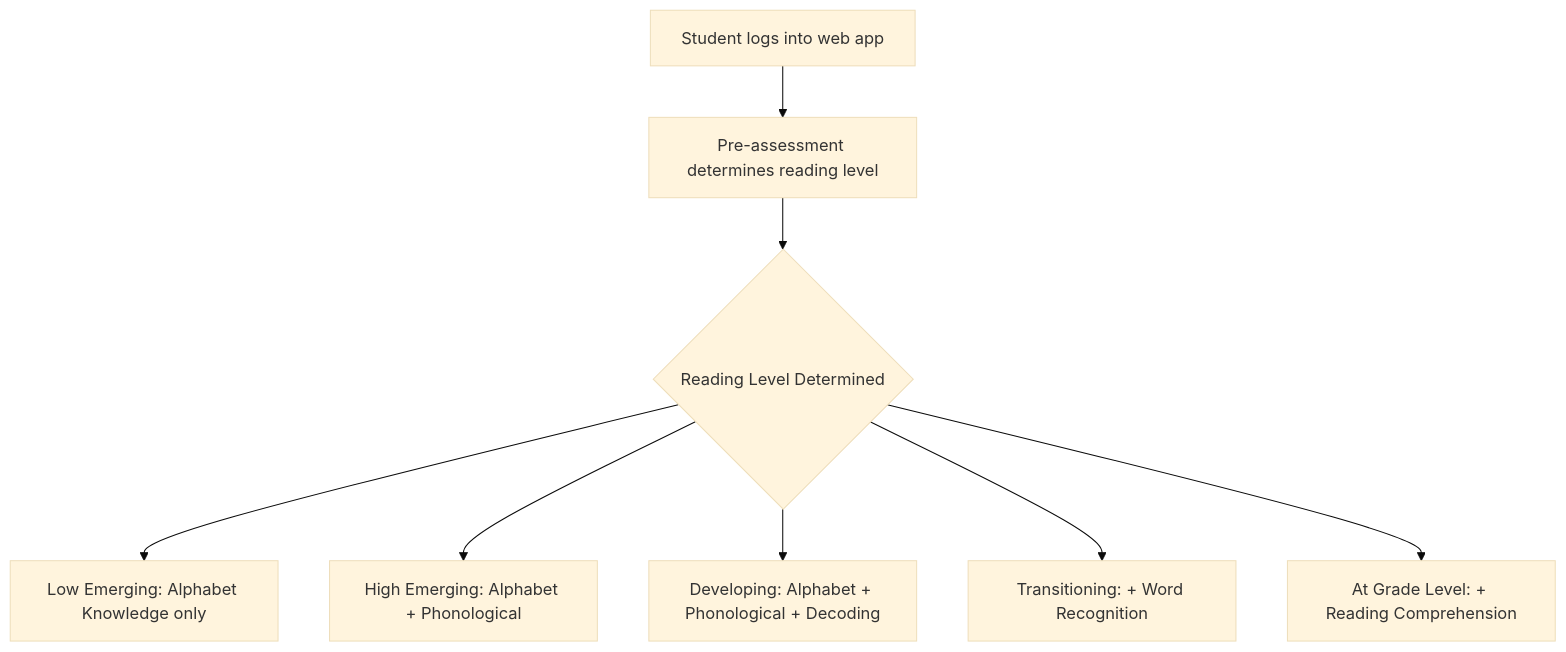
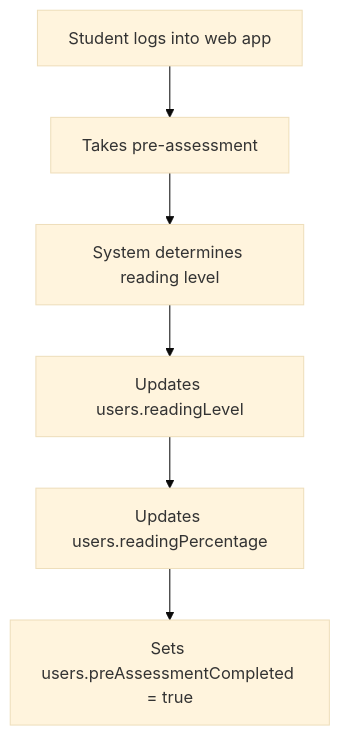
Before and after one commit to Phil1ipfs/Dyslexia: the diagram in backend/docs/PrescriptiveAnalyticsDataFlow.md, drawn with Mermaid (base theme). The commit also changed other lines of this file, not shown here.

````diff
--- a/backend/docs/PrescriptiveAnalyticsDataFlow.md
+++ b/backend/docs/PrescriptiveAnalyticsDataFlow.md
@@ -211,10 +520,8 @@
 ```mermaid
 graph TD
-    A[Student logs into web app] --> B[Pre-assessment determines reading level]
-    B --> C{Reading Level Determined}
-    C --> D[Low Emerging: Alphabet Knowledge only]
-    C --> E[High Emerging: Alphabet + Phonological]
-    C --> F[Developing: Alphabet + Phonological + Decoding]
-    C --> G[Transitioning: + Word Recognition]
-    C --> H[At Grade Level: + Reading Comprehension]
+    A[Student logs into web app] --> B[Takes pre-assessment]
+    B --> C[System determines reading level]
+    C --> D[Updates users.readingLevel]
+    D --> E[Updates users.readingPercentage]
+    E --> F[Sets users.preAssessmentCompleted = true]
 ```
````
